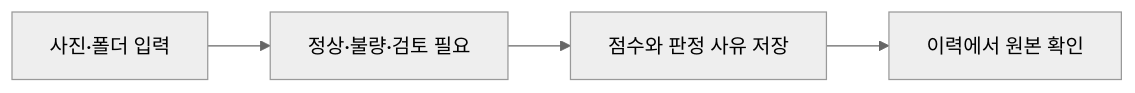
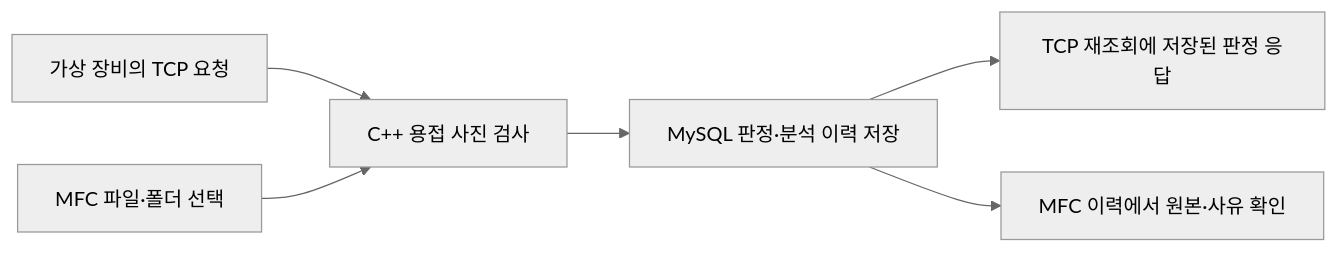
The diagram in docs/portfolio/README-v2.md (hsjni0110/weld-scope), drawn with Mermaid (neutral theme) before and after one commit. The commit also changed other lines of this file, not shown here.

Commit message:
docs: explain TCP and MySQL verification in the portfolio

````diff
--- a/docs/portfolio/README-v2.md
+++ b/docs/portfolio/README-v2.md
@@ -13,6 +13,8 @@
 ```mermaid
 flowchart LR
-    input["사진·폴더 입력"] --> decision["정상·불량·검토 필요"]
-    decision --> save["점수와 판정 사유 저장"]
-    save --> inspect["이력에서 원본 확인"]
+    device["가상 장비의 TCP 요청"] --> inspect["C++ 용접 사진 검사"]
+    file["MFC 파일·폴더 선택"] --> inspect
+    inspect --> store["MySQL 판정·분석 이력 저장"]
+    store --> reply["TCP 재조회에 저장된 판정 응답"]
+    store --> history["MFC 이력에서 원본·사유 확인"]
 ```
````
